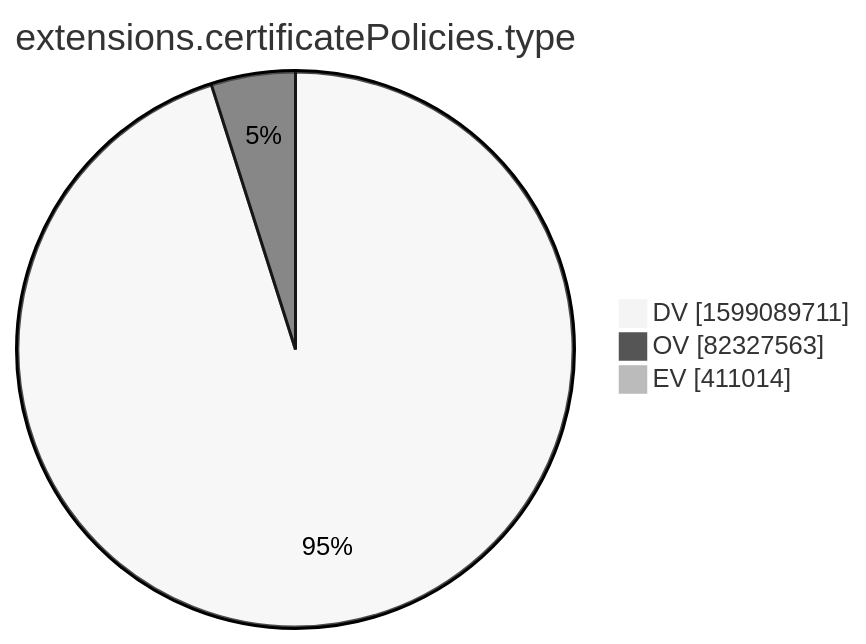
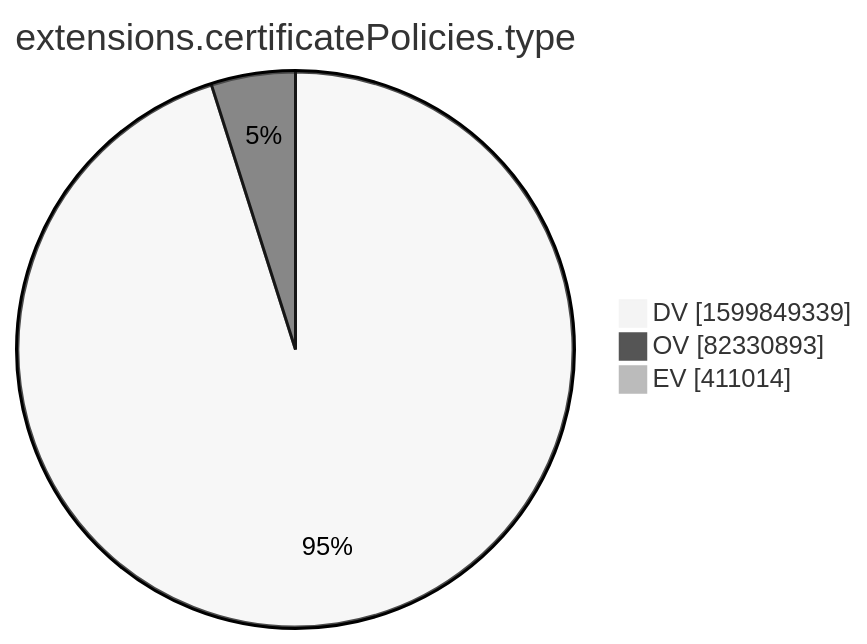
One commit to christiankrug/ctmonitor_visualization changed the tenth of 15 diagrams in xenon2022/README.md. Above: the diagram before and after it, drawn with Mermaid (neutral theme). The commit also changed other lines of this file, not shown here.

````diff
--- a/xenon2022/README.md
+++ b/xenon2022/README.md
@@ -2878,7 +2878,7 @@
 ```mermaid
 pie showData
 title extensions.certificatePolicies.type
-"DV" :1599089711
-"OV" :82327563
+"DV" :1599849339
+"OV" :82330893
 "EV" :411014
 ```
````
